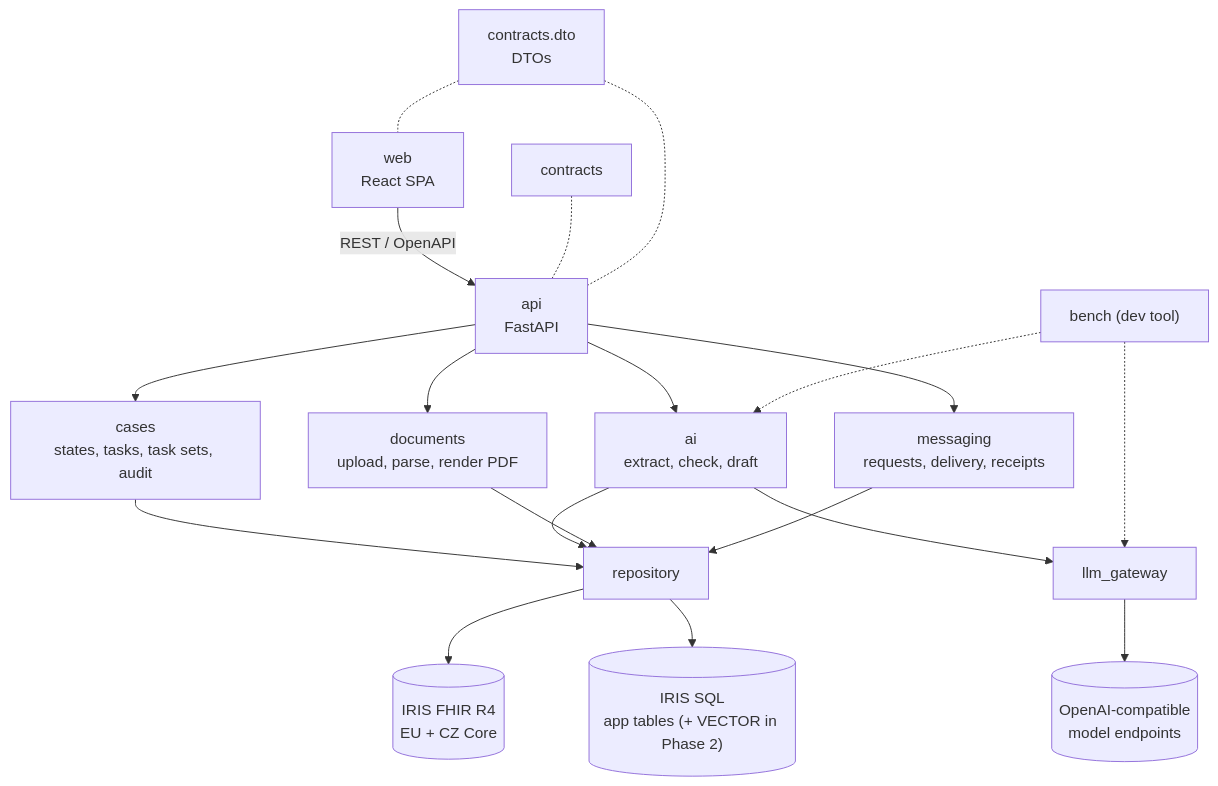
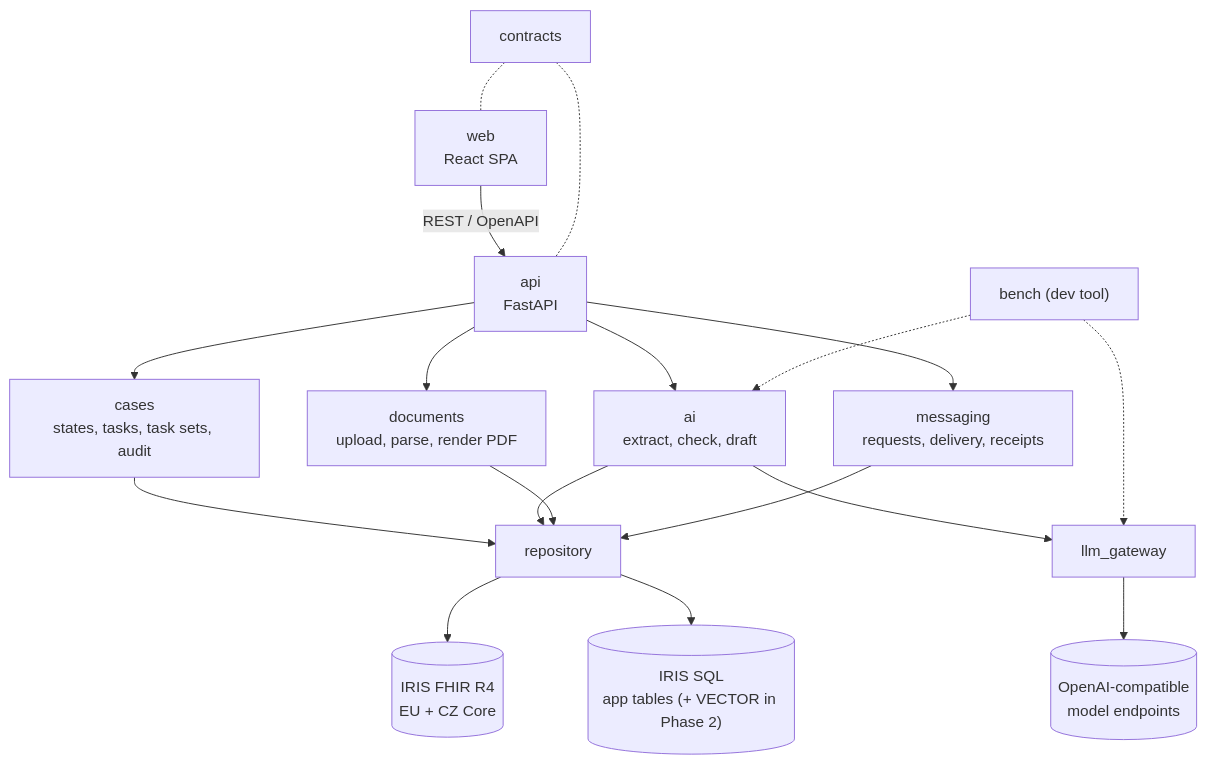
Before and after one commit to darkmackov/AI-Rackathon2026-Nessio: the first of 4 diagrams in docs/architecture.md, drawn with Mermaid. The commit also changed other lines of this file and 28 other files, not shown here.

First line of the commit message:
refactor: follow main's API contract, drop the DTO layer

````diff
--- a/docs/architecture.md
+++ b/docs/architecture.md
@@ -21,21 +21,20 @@
 ```mermaid
 flowchart TD
   web["web<br/>React SPA"] -->|REST / OpenAPI| api["api<br/>FastAPI"]
   api --> cases["cases<br/>states, tasks, task sets, audit"]
   api --> ai["ai<br/>extract, check, draft"]
   api --> documents["documents<br/>upload, parse, render PDF"]
   api --> messaging["messaging<br/>requests, delivery, receipts"]
   cases --> repo["repository"]
   ai --> repo
   documents --> repo
   messaging --> repo
   ai --> llm["llm_gateway"]
   llm --> models[("OpenAI-compatible<br/>model endpoints")]
   repo --> fhir[("IRIS FHIR R4<br/>EU + CZ Core")]
   repo --> sql[("IRIS SQL<br/>app tables (+ VECTOR in Phase 2)")]
   bench["bench (dev tool)"] -.-> ai
   bench -.-> llm
   contracts["contracts"] -.- api
-  dto["contracts.dto<br/>DTOs"] -.- api
-  dto -.- web
+  contracts -.- web
 ```
````
